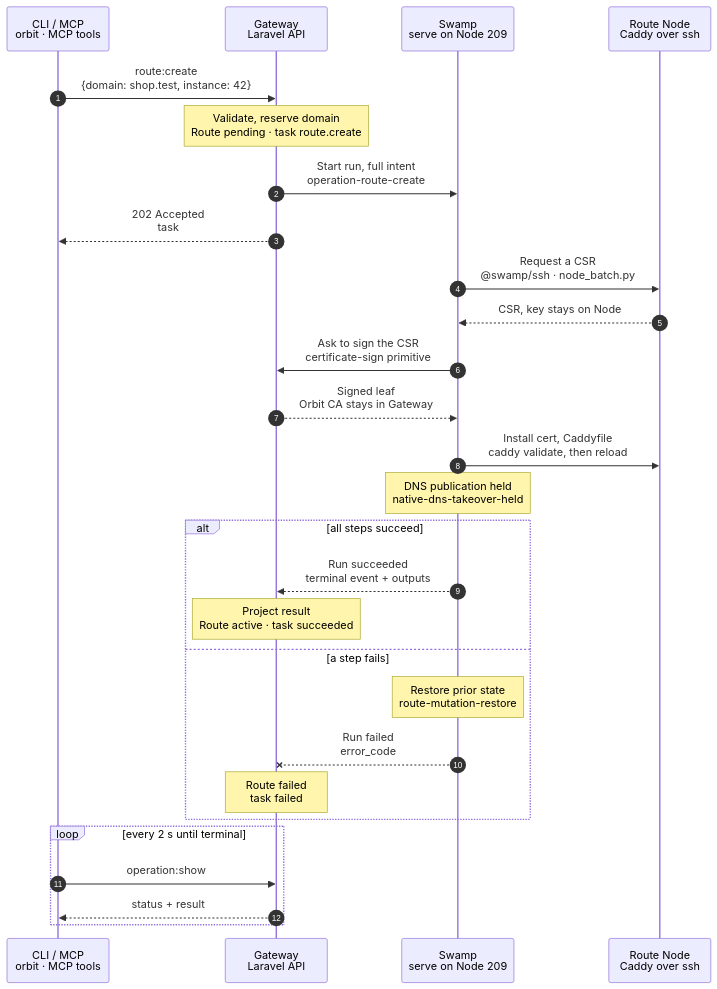
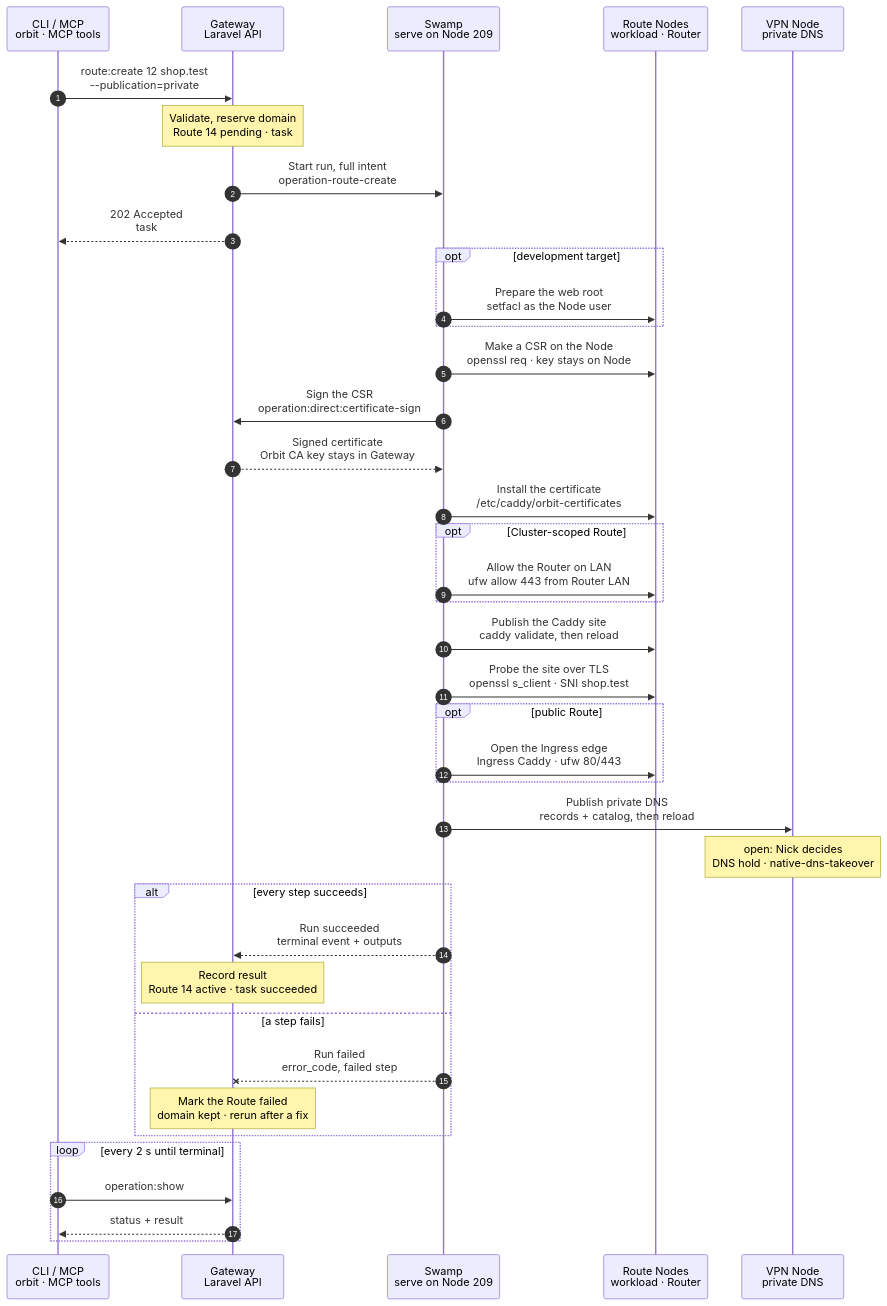
One commit to hardimpactdev/orbit changed the diagram in docs/flows/route.create.mmd. Above: the diagram before and after it, drawn with Mermaid. The commit also changed 15 other files, not shown here.

First line of the commit message:
docs(flows): wave 5 charts (routes, router, WireGuard, WebSocket, analytics) (#2438)

```diff
--- a/docs/flows/route.create.mmd
+++ b/docs/flows/route.create.mmd
@@ -1,34 +1,166 @@
 sequenceDiagram
-  %% Target design: ADR 0244 task + gateway-root-of-trust-keys (Gateway signs) + single-swamp-node; DECISIONS 2 (DNS held, same-Node work).
+  %% Target design: ADR 0244 task, DECISIONS R1-R4 + 2 (DNS hold), firewall.allow shape, Gateway signs CSRs (root-of-trust), single-swamp-node. docs/cli/route.mdx, docs/reference/routes.md.
   %% status: draft
+  %% command: route:create
   autonumber
   %% lane CLI icon=terminal pill=caller tone=gray
   %% lane GW icon=gateway pill=intent tone=blue
   %% lane SW icon=workflow pill=executes tone=green
   %% lane N icon=server pill=target tone=amber
+  %% lane V icon=server pill=target tone=purple
   participant CLI as CLI / MCP<br/>orbit · MCP tools
   participant GW as Gateway<br/>Laravel API
   participant SW as Swamp<br/>serve on Node 209
-  participant N as Route Node<br/>Caddy over ssh
-  CLI->>GW: route:create<br/>{domain: shop.test, instance: 42}
-  Note over GW: Validate, reserve domain<br/>Route pending · task route.create
+  participant N as Route Nodes<br/>workload · Router
+  participant V as VPN Node<br/>private DNS
+  CLI->>GW: route:create 12 shop.test<br/>--publication=private
+  %%> Command:
+  %%> - `orbit route:create 12 shop.test --publication=private`
+  %%> - syntax: `<instance> <domain> [--publication=private|public] [--web-root=PATH]`
+  %%> Other forms:
+  %%> - custom proxy: `<domain> --node=NODE --upstream=URL` or `<domain> --node=NODE --process=PROCESS`
+  %%> - public Process Route: `<domain> --process=PROCESS [--ingress=NODE] --publication=public`
+  %%> Input:
+  %%> - Instance 12 sets the Project and the scope: its Node, or its active Cluster
+  %%> - the domain; the Gateway normalizes it
+  %%> - publication is `private` unless you ask for `public`
+  %%> Who can call it:
+  %%> - the `orbit` CLI and the MCP tool send the same request
+  Note over GW: Validate, reserve domain<br/>Route 14 pending · task #5120
+  %%> Requirements:
+  %%> - your Node has an access grant to Node 7, the Node of Instance 12
+  %%> - Instance 12 is active and has a supported web root
+  %%> - the domain is valid, free, and not a reserved name such as `gateway.orbit`
+  %%> - Instance 12 has no other Route without a web root (`route.target_conflict`)
+  %%> - a Cluster-scoped Route needs an active Router (`route.router_required`)
+  %%> - a public Route needs production targets and a serving Ingress
+  %%> Locks:
+  %%> - the projection lock and the Instance environment owner of Instance 12
+  %%> - a busy lock is waited for up to 30 s, then `app-dev.projection_busy`
+  %%> Builds:
+  %%> - the Caddy site blocks for every affected Node, the certificate leaves, the LAN tuples and the private DNS records
+  %%> Result:
+  %%> - Route 14 recorded as `pending`, unpublished, with the domain reserved
+  %%> - task #5120 recorded with the full intent
+  %%> - nothing has happened on a Node yet
   GW->>SW: Start run, full intent<br/>operation-route-create
+  %%> What it does:
+  %%> - starts one Swamp run on serve (Node 209)
+  %%> Inputs:
+  %%> - the rendered Caddy blocks before and after, per Node
+  %%> - the certificate leaves: Node, scope, domain, Node user
+  %%> - LAN tuples, DNS records, probes, and each Node's address and SSH host keys
+  %%> - production `.env` material only as vault key names in `orbit-control-inputs` (R3)
+  %%> - the SSH identity comes from the `swamp` role
   GW-->>CLI: 202 Accepted<br/>task #5120
-  SW->>N: Request a CSR<br/>@swamp/ssh · node_batch.py
-  N-->>SW: CSR, key stays on Node
-  SW->>GW: Ask to sign the CSR<br/>certificate-sign primitive
-  GW-->>SW: Signed leaf<br/>Orbit CA stays in Gateway
-  SW->>N: Install cert, Caddyfile<br/>caddy validate, then reload
-  Note over SW: DNS publication held<br/>native-dns-takeover-held
-  alt all steps succeed
+  %%> What you get:
+  %%> - the task number, at once
+  %%> Next:
+  %%> - the CLI follows the task with `operation:show`
+  opt development target
+    SW->>N: Prepare the web root<br/>setfacl as the Node user
+    %%> What it does:
+    %%> - denies Caddy the rest of the checkout and its Git directory
+    %%> - grants Caddy read access to the web root, and passage through the directories above it
+    %%> - converges the shared PHP-FPM pool for Instance 12
+    %%> Runs as:
+    %%> - the Node's managed user; root only above every checkout
+    %%> When:
+    %%> - the target is a development Instance; production releases already have access
+  end
+  SW->>N: Make a CSR on the Node<br/>openssl req · key stays on Node
+  %%> How:
+  %%> - Swamp reaches Node 7, and the Router for a Cluster Route, over `@swamp/ssh` from 209
+  %%> What it does:
+  %%> - makes a new private key and a certificate request for `shop.test`
+  %%> - returns only the public CSR to Swamp
+  %%> Why:
+  %%> - the private key never leaves the Node
+  SW->>GW: Sign the CSR<br/>operation:direct:certificate-sign
+  %%> What it does:
+  %%> - sends the CSRs with task #5120 and the run id
+  %%> Why:
+  %%> - the Orbit CA key stays in the Gateway; signing is the one step that calls the Gateway
+  %%> Requirements:
+  %%> - the Gateway checks the task, the run, and that each CSR matches an admitted leaf
+  GW-->>SW: Signed certificate<br/>Orbit CA key stays in Gateway
+  %%> Returns:
+  %%> - one public certificate bundle per leaf
+  SW->>N: Install the certificate<br/>/etc/caddy/orbit-certificates
+  %%> What it does:
+  %%> - writes the certificate next to its key, owned `root:caddy`, mode 0750
+  %%> - reads it back and checks it matches the key and the domain
+  opt Cluster-scoped Route
+    SW->>N: Allow the Router on LAN<br/>ufw allow 443 from Router LAN
+    %%> What it does:
+    %%> - on the workload Node, allows TCP 443 from the Router's LAN address
+    %%> - an identical tuple that another Route uses is left as it is
+    %%> Why:
+    %%> - the Router forwards to the workload over LAN, with no WireGuard fallback
+  end
+  SW->>N: Publish the Caddy site<br/>caddy validate, then reload
+  %%> What it does:
+  %%> - writes the new site blocks into the Caddyfile of each affected Node
+  %%> - validates the whole file, then reloads Caddy
+  %%> Why reload:
+  %%> - a reload keeps open connections; Caddy is never restarted (rule 7)
+  %%> Refuses:
+  %%> - a validation error; the old Caddyfile stays in place
+  SW->>N: Probe the site over TLS<br/>openssl s_client · SNI shop.test
+  %%> What it does:
+  %%> - connects from 209 to the workload, or the Router, on port 443 with the Route domain as SNI
+  %%> - requires a chain the Orbit root trusts
+  %%> Why:
+  %%> - the Route only counts as served when the probe passes
+  %%> Not included:
+  %%> - the application's own HTTP answer; a 500 does not fail the Route
+  opt public Route
+    SW->>N: Open the Ingress edge<br/>Ingress Caddy · ufw 80/443
+    %%> What it does:
+    %%> - publishes the public site on the Ingress, with `tls force_automate` for Let's Encrypt
+    %%> - opens `orbit:ingress-http` and `orbit:ingress-https` when they are closed
+    %%> Not included:
+    %%> - the public DNS record; you create it yourself
+    %%> - waiting for Let's Encrypt; Caddy retries on its own
+  end
+  SW->>V: Publish private DNS<br/>records + catalog, then reload
+  %%> What it does:
+  %%> - adds `shop.test`, pointing at Node 7, or at the Router for a Cluster Route
+  %%> - checks the loaded catalog and a DNS reply
+  %%> Order:
+  %%> - DNS goes last, so a name only resolves when its site serves
+  Note over V: open: Nick decides<br/>DNS hold · native-dns-takeover
+  %%> Open:
+  %%> - DNS publication is under the DNS hold; Nick decides (rule 9)
+  %%> - until then, the run skips this step and Route work stays same-Node work
+  alt every step succeeds
     SW-->>GW: Run succeeded<br/>terminal event + outputs
-    Note over GW: Project result<br/>Route active · task succeeded
+    %%> How the Gateway learns it:
+    %%> - its shared run reader sees the terminal event; Swamp never calls the Gateway
+    Note over GW: Record result<br/>Route 14 active · task succeeded
+    %%> Result:
+    %%> - Route 14 becomes `active` and Instance 12 shows `https://shop.test`
+    %%> - task #5120 succeeds
   else a step fails
-    Note over SW: Restore prior state<br/>route-mutation-restore
-    SW--xGW: Run failed<br/>error_code
-    Note over GW: Route failed<br/>task failed
+    SW--xGW: Run failed<br/>error_code, failed step
+    %%> The Gateway reads:
+    %%> - which step failed and its error code
+    Note over GW: Mark the Route failed<br/>domain kept · rerun after a fix
+    %%> Result:
+    %%> - Route 14 is marked `failed` with `failed_step` and `error_code`; the domain stays reserved
+    %%> - task #5120 fails
+    %%> On the Node:
+    %%> - what the run added stays; there is no rollback
+    %%> - that is safe: no private DNS name points at the new site yet, and the record shows `failed`
+    %%> Retry:
+    %%> - run the same command again after fixing the cause; it is a new task and skips finished steps
+    %%> - to give up instead, run `route:destroy 14`; it removes what the run added
   end
   loop every 2 s until terminal
     CLI->>GW: operation:show #5120
+    %%> What it does:
+    %%> - asks for the task's status every 2 seconds until it has ended
     GW-->>CLI: status + result
+    %%> Returns:
+    %%> - the current status, and the result once the task has ended
   end
```
